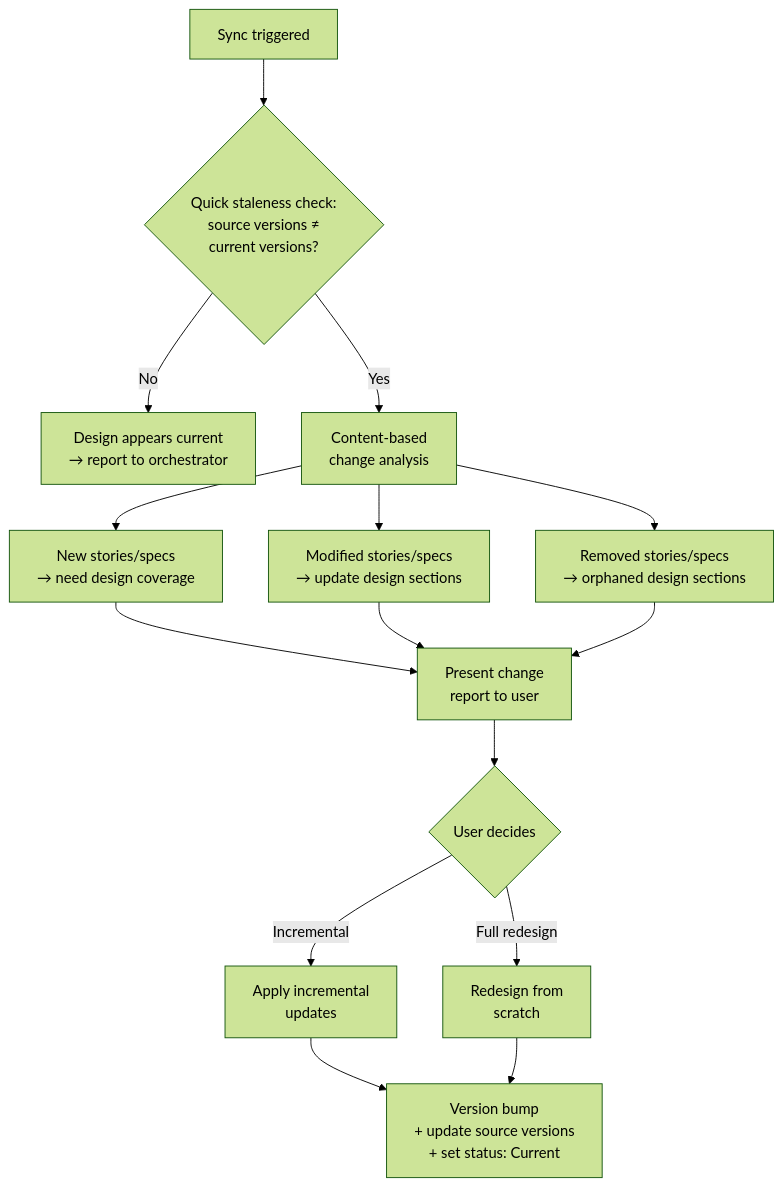
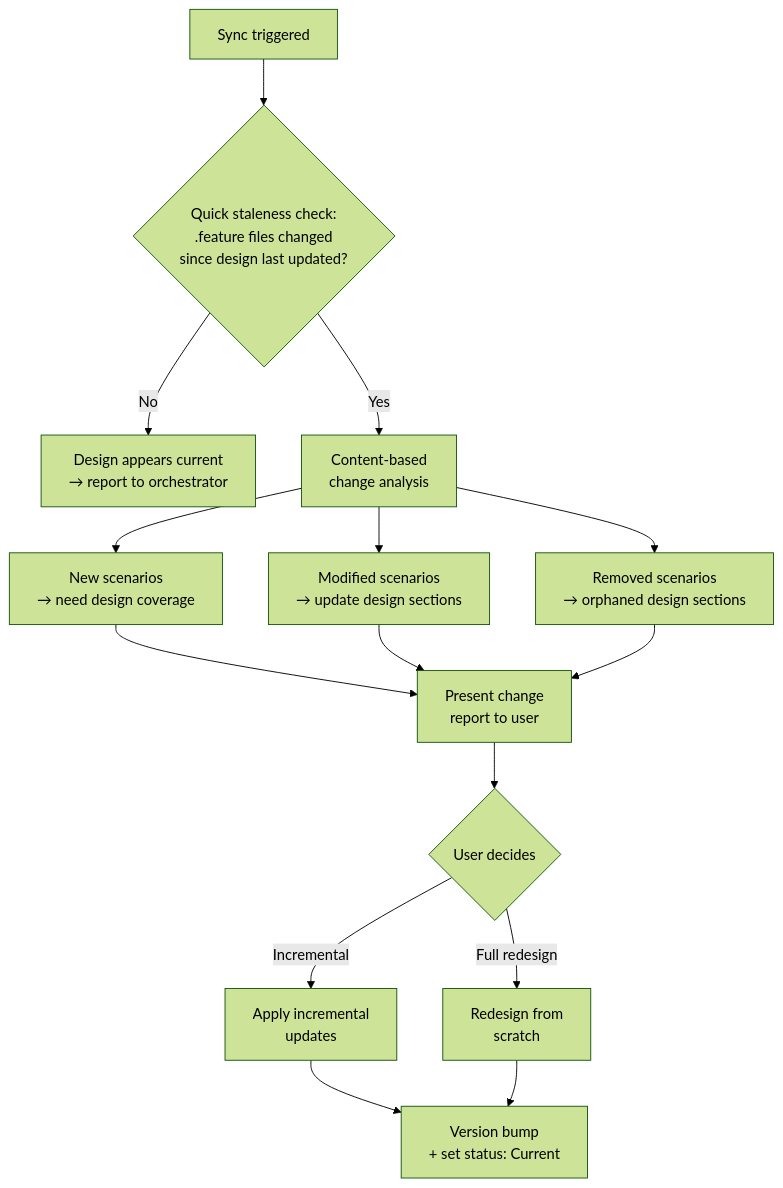
One commit to provenimpact/proven-needs changed the second of 2 diagrams in skills/needs-design/SKILL.md. Above: the diagram before and after it, drawn with Mermaid (forest theme). The commit also changed other lines of this file and 18 other files, not shown here.

First line of the commit message:
feat!: replace stories, spec, and tests with unified Gherkin feature files

````diff
--- a/skills/needs-design/SKILL.md
+++ b/skills/needs-design/SKILL.md
@@ -279,22 +274,22 @@
 ```mermaid
 flowchart TD
-    START["Sync triggered"] --> STALE{"Quick staleness check:<br/>source versions ≠<br/>current versions?"}
+    START["Sync triggered"] --> STALE{"Quick staleness check:<br/>.feature files changed<br/>since design last updated?"}
 
     STALE -->|No| CURRENT["Design appears current<br/>→ report to orchestrator"]
     STALE -->|Yes| DIFF["Content-based<br/>change analysis"]
 
-    DIFF --> NEW["New stories/specs<br/>→ need design coverage"]
-    DIFF --> MOD["Modified stories/specs<br/>→ update design sections"]
-    DIFF --> REM["Removed stories/specs<br/>→ orphaned design sections"]
+    DIFF --> NEW["New scenarios<br/>→ need design coverage"]
+    DIFF --> MOD["Modified scenarios<br/>→ update design sections"]
+    DIFF --> REM["Removed scenarios<br/>→ orphaned design sections"]
 
     NEW --> REPORT["Present change<br/>report to user"]
     MOD --> REPORT
     REM --> REPORT
 
     REPORT --> DECIDE{"User decides"}
     DECIDE -->|Incremental| INCR["Apply incremental<br/>updates"]
     DECIDE -->|Full redesign| FULL["Redesign from<br/>scratch"]
 
-    INCR --> BUMP["Version bump<br/>+ update source versions<br/>+ set status: Current"]
+    INCR --> BUMP["Version bump<br/>+ set status: Current"]
     FULL --> BUMP
 ```
````
